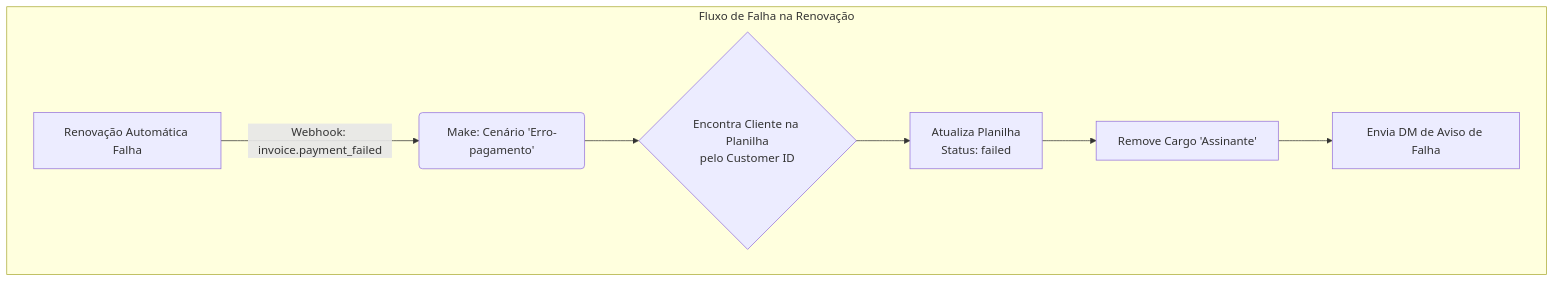
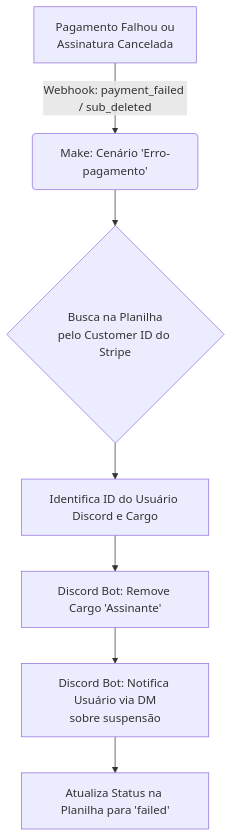
Before and after one commit to mariana-kleina/rpg-teste: the second of 2 diagrams in README.md, drawn with Mermaid. The commit also changed other lines of this file, not shown here.

First line of the commit message:
Renomeia o projeto e atualiza a documentação

````diff
--- a/README.md
+++ b/README.md
@@ -38,10 +62,9 @@
 ```mermaid
 graph TD
-    subgraph Fluxo de Falha na Renovação
-        L[Renovação Automática Falha] -->|Webhook: invoice.payment_failed| M(Make: Cenário 'Erro-pagamento');
-        M --> N{Encontra Cliente na Planilha<br>pelo Customer ID};
-        N --> O[Atualiza Planilha<br>Status: failed];
-        O --> P[Remove Cargo 'Assinante'];
-        P --> Q[Envia DM de Aviso de Falha];
-    end
+    H[Pagamento Falhou ou<br>Assinatura Cancelada] -->|Webhook: payment_failed / sub_deleted| I(Make: Cenário 'Erro-pagamento');
+    I --> J{Busca na Planilha<br>pelo Customer ID do Stripe};
+    J --> K[Identifica ID do Usuário Discord e Cargo];
+    K --> L[Discord Bot: Remove Cargo 'Assinante'];
+    L --> M[Discord Bot: Notifica Usuário via DM<br>sobre suspensão];
+    M --> N[Atualiza Status na Planilha para 'failed'];
 ```
````
